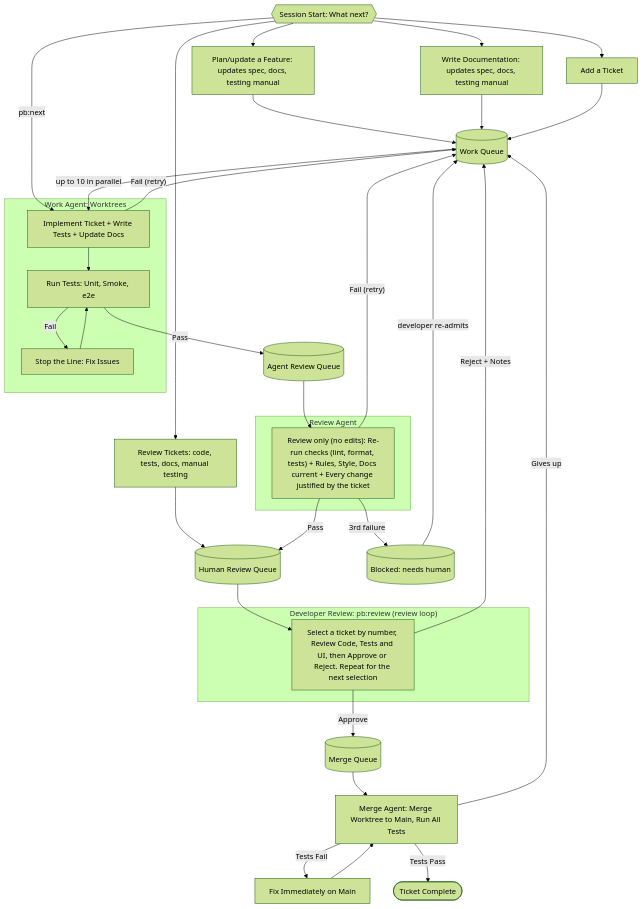
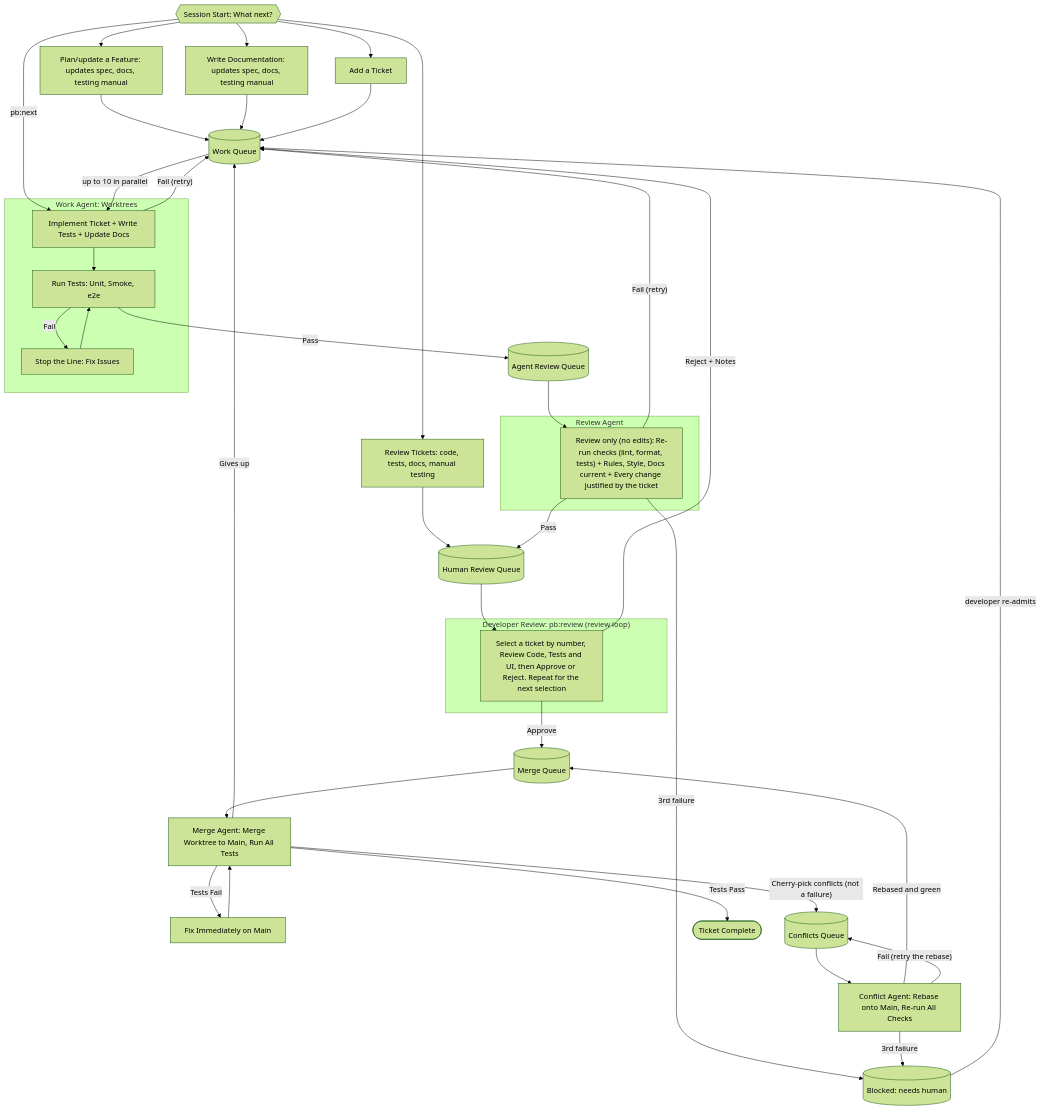
The second of 3 diagrams in handbook.md (ashleydavis/playbook), drawn with Mermaid (forest theme) before and after one commit. The commit also changed other lines of this file and 15 other files, not shown here.

````diff
--- a/handbook.md
+++ b/handbook.md
@@ -122,45 +122,50 @@
 ```mermaid
 flowchart TD
     SESSION{{"Session Start: What next?"}} --> PLAN
     SESSION --> DOCS
     SESSION --> ADD_WI
     SESSION --> REVIEW_WI
     SESSION -->|pb:next| IMPL
 
     PLAN["Plan/update a Feature: updates spec, docs, testing manual"] --> WQ
     DOCS["Write Documentation: updates spec, docs, testing manual"] --> WQ
     ADD_WI["Add a Ticket"] --> WQ
     REVIEW_WI["Review Tickets: code, tests, docs, manual testing"] --> HR
 
     WQ[("Work Queue")] -->|"up to 10 in parallel"| IMPL
 
     subgraph WorkAgent ["Work Agent: Worktrees"]
         IMPL["Implement Ticket + Write Tests + Update Docs"] --> RT["Run Tests: Unit, Smoke, e2e"]
         RT -->|Fail| STL["Stop the Line: Fix Issues"]
         STL --> RT
     end
 
     subgraph ReviewAgent ["Review Agent"]
         CHK["Review only (no edits): Re-run checks (lint, format, tests) + Rules, Style, Docs current + Every change justified by the ticket"]
     end
 
     subgraph DevReview ["Developer Review: pb:review (review loop)"]
         VIEW["Select a ticket by number, Review Code, Tests and UI, then Approve or Reject. Repeat for the next selection"]
     end
 
     RT -->|Pass| AR[("Agent Review Queue")]
     AR --> CHK
     CHK -->|"Fail (retry)"| WQ
     CHK -->|"3rd failure"| BLK[("Blocked: needs human")]
     CHK -->|Pass| HR[("Human Review Queue")]
     HR --> VIEW
     VIEW -->|Reject + Notes| WQ
     VIEW -->|Approve| MQ[("Merge Queue")]
     MQ --> MA["Merge Agent: Merge Worktree to Main, Run All Tests"]
     MA -->|Tests Fail| FIX["Fix Immediately on Main"]
     FIX --> MA
     MA -->|"Gives up"| WQ
+    MA -->|"Cherry-pick conflicts (not a failure)"| CQ[("Conflicts Queue")]
+    CQ --> CA["Conflict Agent: Rebase onto Main, Re-run All Checks"]
+    CA -->|"Rebased and green"| MQ
+    CA -->|"Fail (retry the rebase)"| CQ
+    CA -->|"3rd failure"| BLK
     MA -->|Tests Pass| DONE(["Ticket Complete"])
     IMPL -->|"Fail (retry)"| WQ
     BLK -->|"developer re-admits"| WQ
 ```
````
